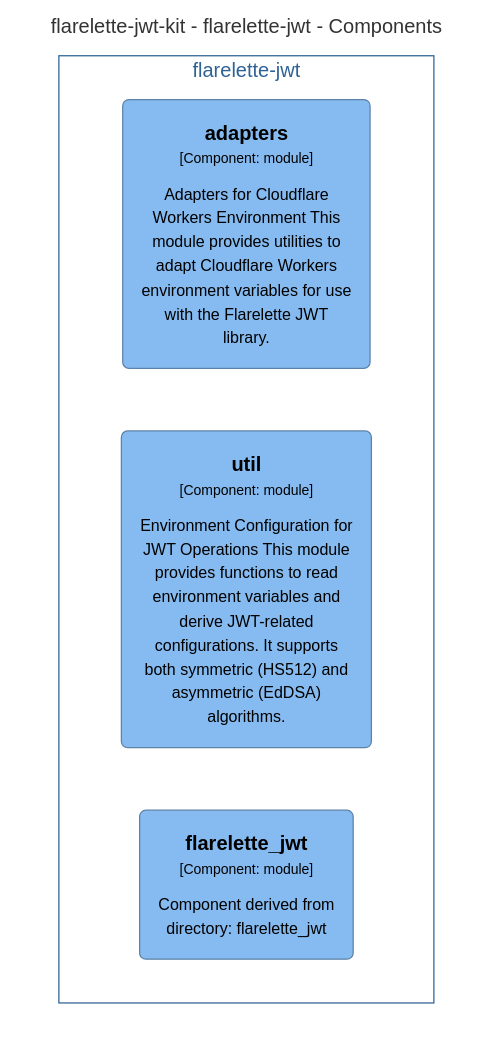
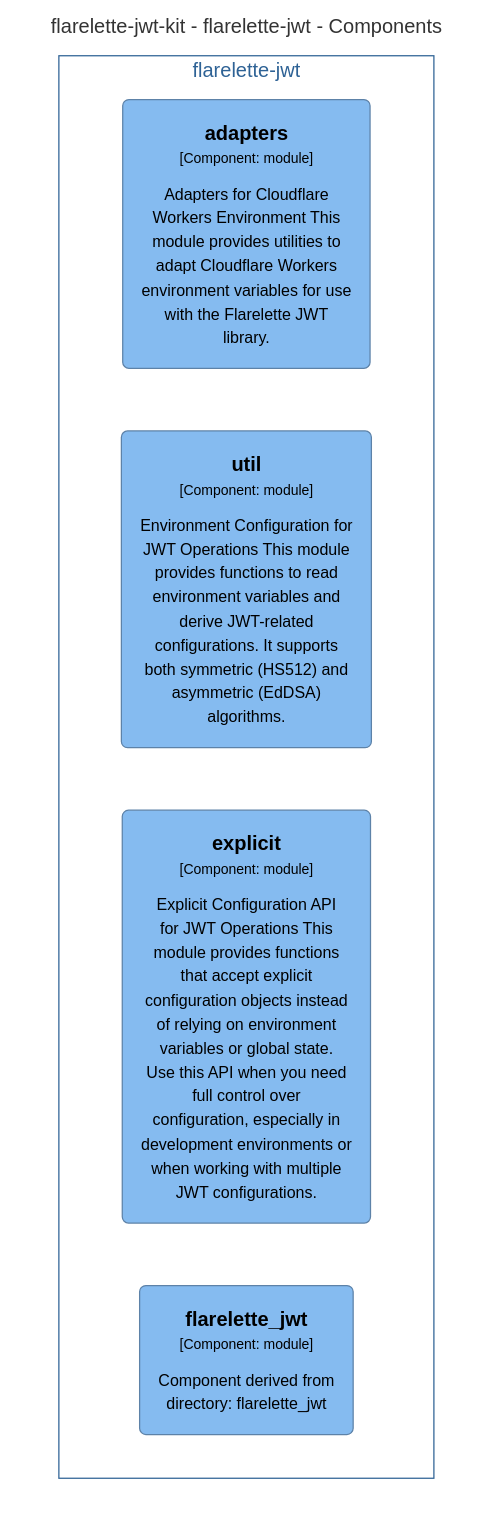
One commit to chrislyons-dev/flarelette-jwt-kit changed the diagram in docs/architecture/diagrams/mermaid/structurizr-Components_flarelette_jwt.mmd. Above: the diagram before and after it, drawn with Mermaid. The commit also changed 47 other files, not shown here.

First line of the commit message:
fix: enhance explicit config functions for jwt signing (#25)

```diff
--- a/docs/architecture/diagrams/mermaid/structurizr-Components_flarelette_jwt.mmd
+++ b/docs/architecture/diagrams/mermaid/structurizr-Components_flarelette_jwt.mmd
@@ -1,18 +1,20 @@
 graph TB
   linkStyle default fill:#ffffff
 
   subgraph diagram ["flarelette-jwt-kit - flarelette-jwt - Components"]
     style diagram fill:#ffffff,stroke:#ffffff
 
-    subgraph 40 ["flarelette-jwt"]
-      style 40 fill:#ffffff,stroke:#2e6295,color:#2e6295
+    subgraph 49 ["flarelette-jwt"]
+      style 49 fill:#ffffff,stroke:#2e6295,color:#2e6295
 
-      41("<div style='font-weight: bold'>adapters</div><div style='font-size: 70%; margin-top: 0px'>[Component: module]</div><div style='font-size: 80%; margin-top:10px'>Adapters for Cloudflare<br />Workers Environment This<br />module provides utilities to<br />adapt Cloudflare Workers<br />environment variables for use<br />with the Flarelette JWT<br />library.</div>")
-      style 41 fill:#85bbf0,stroke:#5d82a8,color:#000000
-      42("<div style='font-weight: bold'>util</div><div style='font-size: 70%; margin-top: 0px'>[Component: module]</div><div style='font-size: 80%; margin-top:10px'>Environment Configuration for<br />JWT Operations This module<br />provides functions to read<br />environment variables and<br />derive JWT-related<br />configurations. It supports<br />both symmetric (HS512) and<br />asymmetric (EdDSA)<br />algorithms.</div>")
-      style 42 fill:#85bbf0,stroke:#5d82a8,color:#000000
-      43("<div style='font-weight: bold'>flarelette_jwt</div><div style='font-size: 70%; margin-top: 0px'>[Component: module]</div><div style='font-size: 80%; margin-top:10px'>Component derived from<br />directory: flarelette_jwt</div>")
-      style 43 fill:#85bbf0,stroke:#5d82a8,color:#000000
+      50("<div style='font-weight: bold'>adapters</div><div style='font-size: 70%; margin-top: 0px'>[Component: module]</div><div style='font-size: 80%; margin-top:10px'>Adapters for Cloudflare<br />Workers Environment This<br />module provides utilities to<br />adapt Cloudflare Workers<br />environment variables for use<br />with the Flarelette JWT<br />library.</div>")
+      style 50 fill:#85bbf0,stroke:#5d82a8,color:#000000
+      51("<div style='font-weight: bold'>util</div><div style='font-size: 70%; margin-top: 0px'>[Component: module]</div><div style='font-size: 80%; margin-top:10px'>Environment Configuration for<br />JWT Operations This module<br />provides functions to read<br />environment variables and<br />derive JWT-related<br />configurations. It supports<br />both symmetric (HS512) and<br />asymmetric (EdDSA)<br />algorithms.</div>")
+      style 51 fill:#85bbf0,stroke:#5d82a8,color:#000000
+      52("<div style='font-weight: bold'>explicit</div><div style='font-size: 70%; margin-top: 0px'>[Component: module]</div><div style='font-size: 80%; margin-top:10px'>Explicit Configuration API<br />for JWT Operations This<br />module provides functions<br />that accept explicit<br />configuration objects instead<br />of relying on environment<br />variables or global state.<br />Use this API when you need<br />full control over<br />configuration, especially in<br />development environments or<br />when working with multiple<br />JWT configurations.</div>")
+      style 52 fill:#85bbf0,stroke:#5d82a8,color:#000000
+      53("<div style='font-weight: bold'>flarelette_jwt</div><div style='font-size: 70%; margin-top: 0px'>[Component: module]</div><div style='font-size: 80%; margin-top:10px'>Component derived from<br />directory: flarelette_jwt</div>")
+      style 53 fill:#85bbf0,stroke:#5d82a8,color:#000000
     end
 
   end
```
